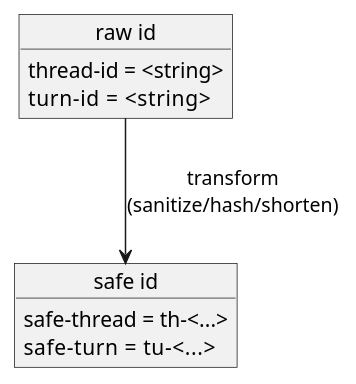
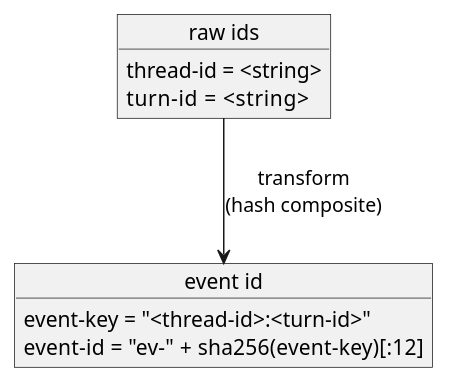
The diagram in spec-dock/initiatives/init-local-00001-codex-notify-json-logger/adrs/adr-00003-filename-safe-id-format.md (chemitaro/codex-agent-logger), drawn with PlantUML before and after one commit. The commit also changed other lines of this file and 23 other files, not shown here.

````diff
--- a/spec-dock/initiatives/init-local-00001-codex-notify-json-logger/adrs/adr-00003-filename-safe-id-format.md
+++ b/spec-dock/initiatives/init-local-00001-codex-notify-json-logger/adrs/adr-00003-filename-safe-id-format.md
@@ -33,17 +33,17 @@
 ```plantuml
 @startuml
 skinparam monochrome true
 
-object "raw id" as Raw {
+object "raw ids" as Raw {
   thread-id = <string>
   turn-id   = <string>
 }
 
-object "safe id" as Safe {
-  safe-thread = th-<...>
-  safe-turn   = tu-<...>
+object "event id" as Safe {
+  event-key = "<thread-id>:<turn-id>"
+  event-id  = "ev-" + sha256(event-key)[:12]
 }
 
-Raw --> Safe : transform\n(sanitize/hash/shorten)
+Raw --> Safe : transform\n(hash composite)
 @enduml
 ```
````
